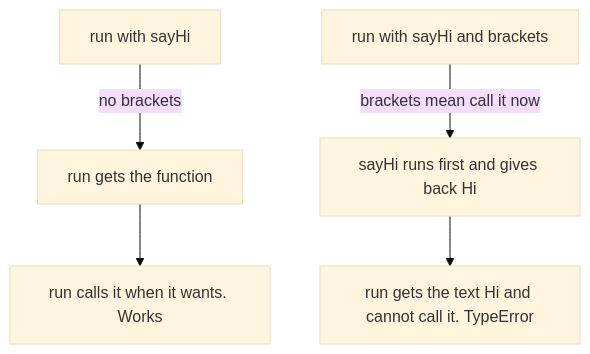
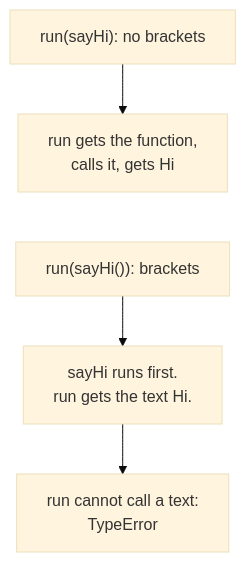
One commit to starjustice/research-material changed the third of 3 diagrams in learn/javascript/04-functions.md. Above: the diagram before and after it, drawn with Mermaid (base theme). The commit also changed other lines of this file, not shown here.

````diff
--- a/learn/javascript/04-functions.md
+++ b/learn/javascript/04-functions.md
@@ -156,7 +185,7 @@
 ```mermaid
 graph TB
-    A["run with sayHi"] -->|no brackets| B["run gets the function"]
-    B --> C["run calls it when it wants. Works"]
-    D["run with sayHi and brackets"] -->|brackets mean call it now| E["sayHi runs first and gives back Hi"]
-    E --> F["run gets the text Hi and cannot call it. TypeError"]
+    A["run(sayHi): no brackets"] --> B["run gets the function,<br/>calls it, gets Hi"]
+    B ~~~ C["run(sayHi()): brackets"]
+    C --> D["sayHi runs first.<br/>run gets the text Hi."]
+    D --> E["run cannot call a text:<br/>TypeError"]
 ```
````
